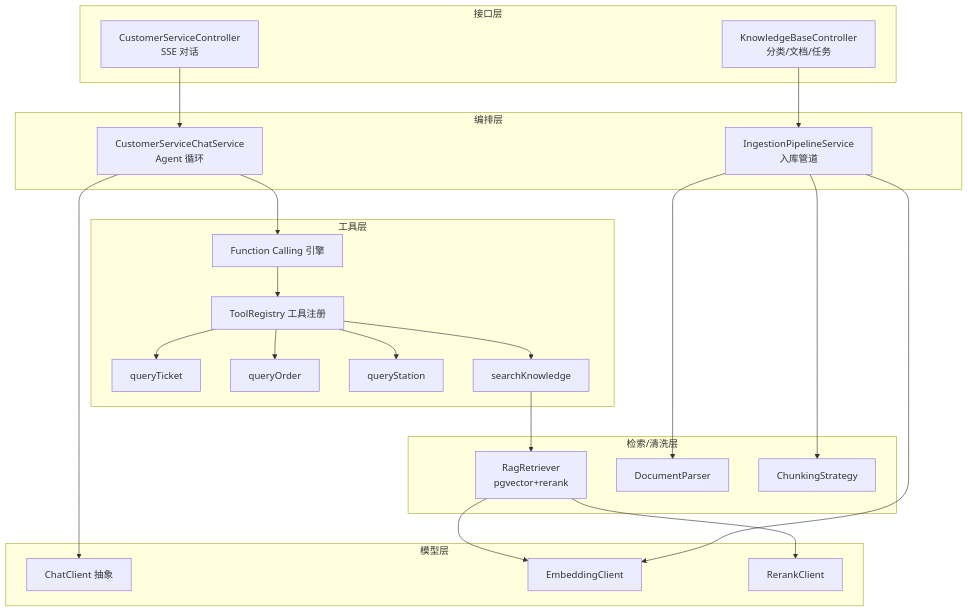
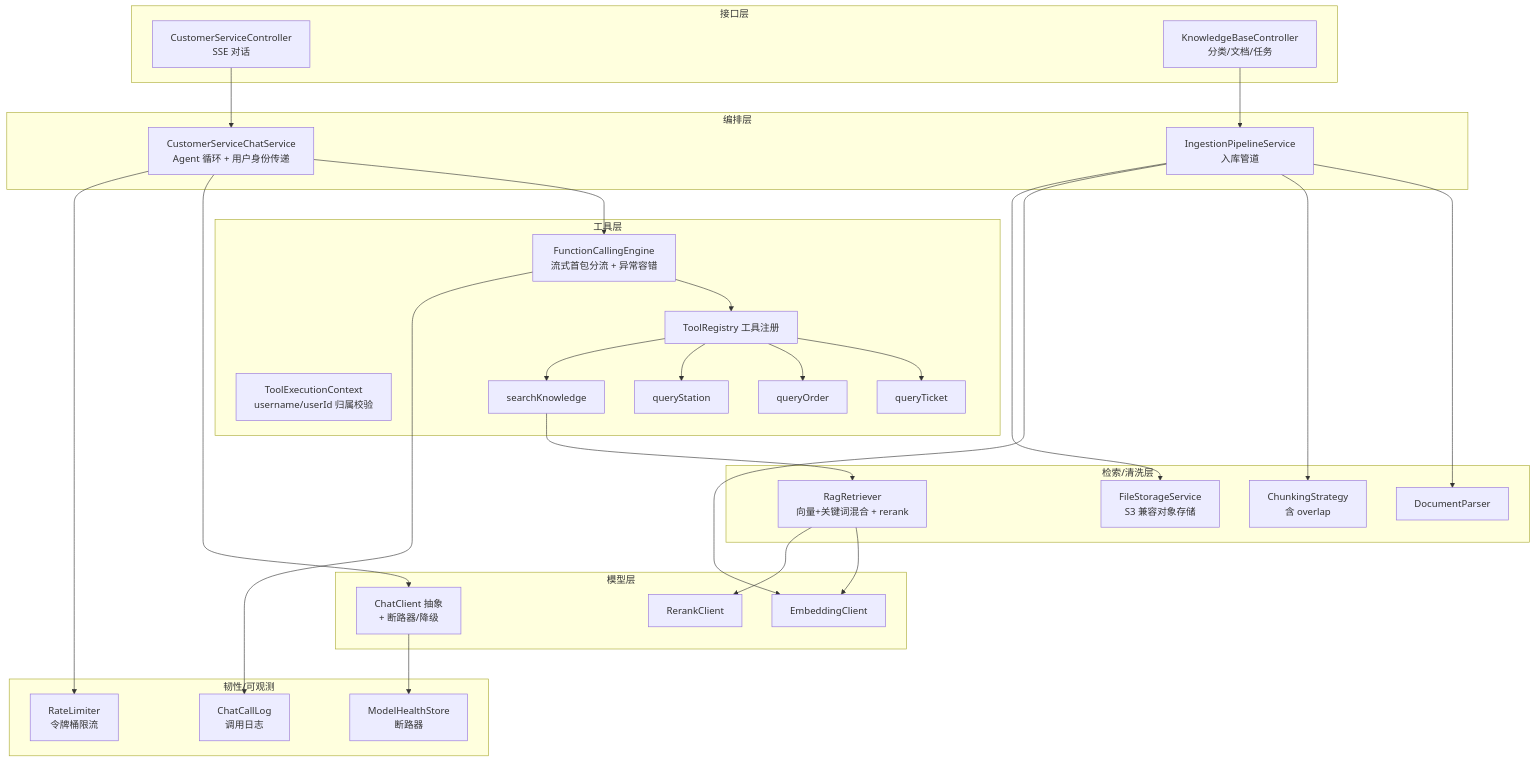
One commit to YouLan5418/FANG12306 changed the diagram in CUSTOMER_SERVICE_DESIGN.md. Above: the diagram before and after it, drawn with Mermaid. The commit also changed other lines of this file and 39 other files, not shown here.

````diff
--- a/CUSTOMER_SERVICE_DESIGN.md
+++ b/CUSTOMER_SERVICE_DESIGN.md
@@ -7,38 +7,48 @@
 ```mermaid
 graph TB
     subgraph 接口层
         CC[CustomerServiceController<br/>SSE 对话]
         KB[KnowledgeBaseController<br/>分类/文档/任务]
     end
     subgraph 编排层
-        CSS[CustomerServiceChatService<br/>Agent 循环]
+        CSS[CustomerServiceChatService<br/>Agent 循环 + 用户身份传递]
         IPS[IngestionPipelineService<br/>入库管道]
     end
     subgraph 工具层
         REG[ToolRegistry 工具注册]
-        FC[Function Calling 引擎]
+        FC[FunctionCallingEngine<br/>流式首包分流 + 异常容错]
+        CTX[ToolExecutionContext<br/>username/userId 归属校验]
         T1[queryTicket]
         T2[queryOrder]
         T3[queryStation]
         T4[searchKnowledge]
     end
     subgraph 模型层
-        CHAT[ChatClient 抽象]
+        CHAT[ChatClient 抽象<br/>+ 断路器/降级]
         EMB[EmbeddingClient]
         RR[RerankClient]
     end
     subgraph 检索/清洗层
-        RAG[RagRetriever<br/>pgvector+rerank]
+        RAG[RagRetriever<br/>向量+关键词混合 + rerank]
         PARSER[DocumentParser]
-        CHUNK[ChunkingStrategy]
+        CHUNK[ChunkingStrategy<br/>含 overlap]
+        FSS[FileStorageService<br/>S3 兼容对象存储]
+    end
+    subgraph 韧性/可观测
+        CB[ModelHealthStore<br/>断路器]
+        RL[RateLimiter<br/>令牌桶限流]
+        LOG[ChatCallLog<br/>调用日志]
     end
     CC --> CSS
     KB --> IPS
     CSS --> FC
     FC --> REG
     REG --> T1 & T2 & T3 & T4
     T4 --> RAG
     CSS --> CHAT
     RAG --> EMB & RR
-    IPS --> PARSER & CHUNK & EMB
+    IPS --> PARSER & CHUNK & EMB & FSS
+    CHAT --> CB
+    CSS --> RL
+    FC --> LOG
 ```
````
